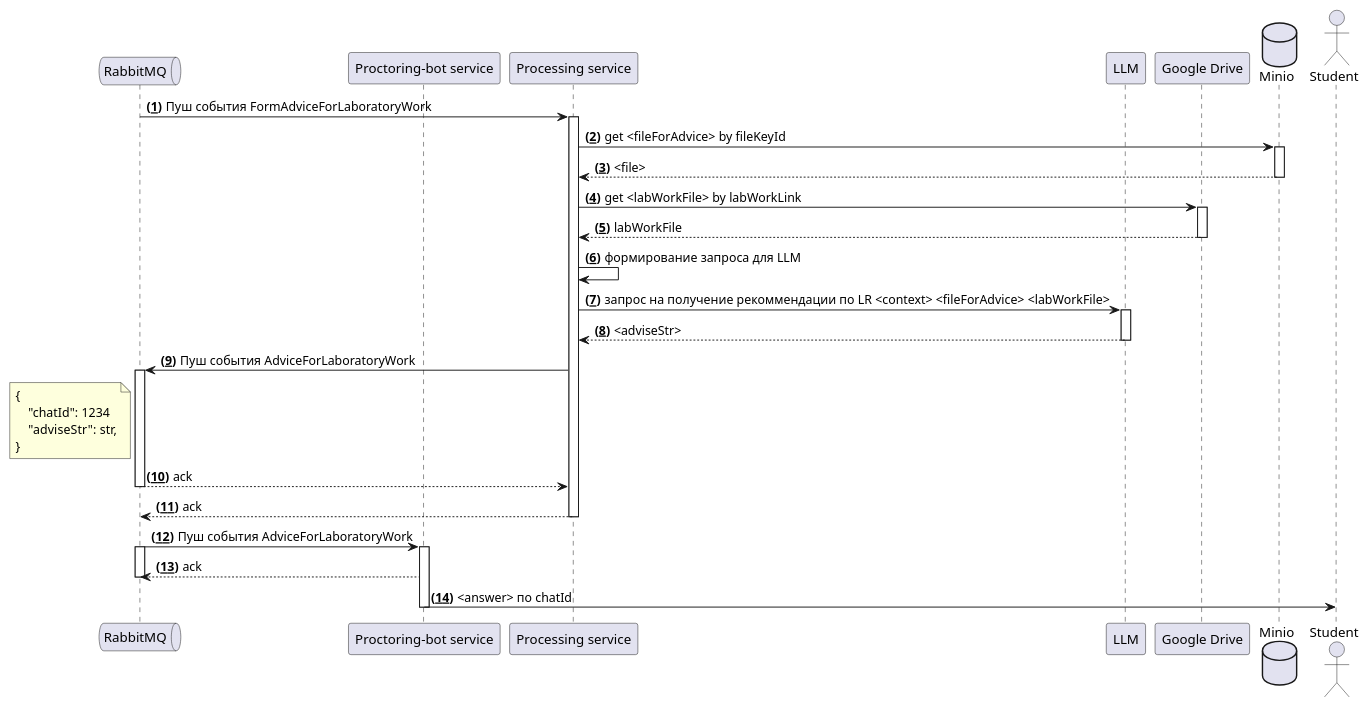
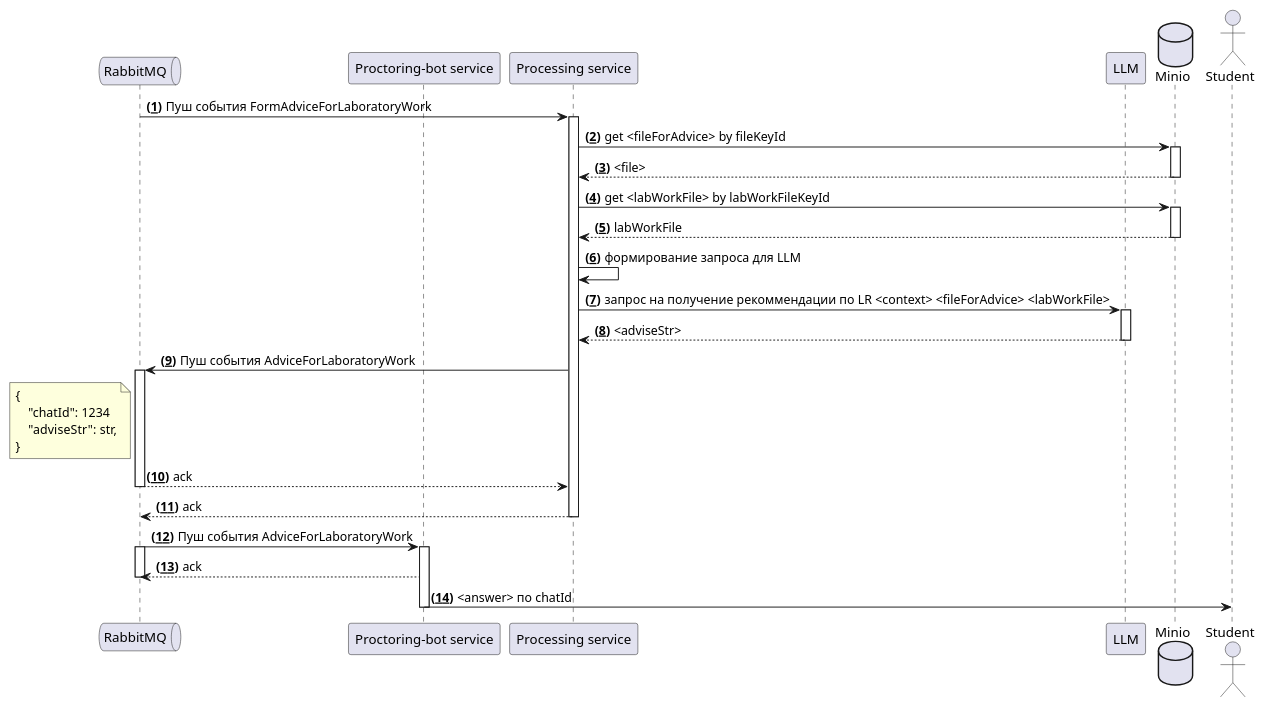
Before and after one commit to Dezzzl/processing-service: the diagram in documentation/plagiarism/в) form-advise.puml, drawn with PlantUML. The commit also changed 1 other file, not shown here.

Commit message:
правки в сиквенсах, связанных с GoogleDrive

```diff
--- a/documentation/plagiarism/в) form-advise.puml
+++ b/documentation/plagiarism/в) form-advise.puml
@@ -1,47 +1,46 @@
 @startuml
 
 autonumber "<b>(<u>##</u>)"
 
 
 queue "RabbitMQ" as rmq
 
 participant "Proctoring-bot service" as pbs
 participant "Processing service" as ps
 
 participant "LLM" as llm
-participant "Google Drive" as gd
 database Minio as minio
 actor Student as stud
 
 ' эта часть уже написана
 
 rmq -> ps++: Пуш события FormAdviceForLaboratoryWork
 
 ps -> minio++ : get <fileForAdvice> by fileKeyId
 ps <-- minio--: <file>
 
-ps -> gd++ : get <labWorkFile> by labWorkLink
-ps <-- gd-- : labWorkFile
+ps -> minio++ : get <labWorkFile> by labWorkFileKeyId
+ps <-- minio-- : labWorkFile
 ps -> ps : формирование запроса для LLM
 ps -> llm++ : запрос на получение рекоммендации по LR <context> <fileForAdvice> <labWorkFile>
 ps <-- llm-- : <adviseStr>
 ps -> rmq++ : Пуш события AdviceForLaboratoryWork
     note left rmq
         {
             "chatId": 1234
             "adviseStr": str,
         }
     end note
 ps <-- rmq--: ack
 
 rmq <-- ps-- : ack
 
 ' Обработка события UserAnswer
 rmq -> pbs++ : Пуш события AdviceForLaboratoryWork
 rmq++
 rmq <-- pbs : ack
 deactivate rmq
 pbs -> stud : <answer> по chatId
 pbs--
 
 @enduml
```
